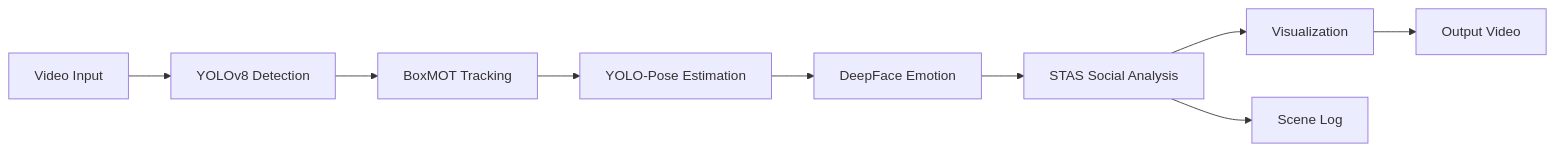
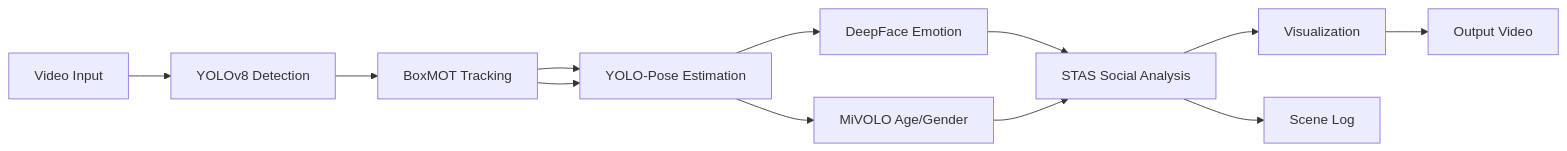
Before and after one commit to Amzilynn/IA-Camera-Challenge: the diagram in README.md, drawn with Mermaid. The commit also changed other lines of this file and 22 other files, not shown here.

````diff
--- a/README.md
+++ b/README.md
@@ -76,11 +99,14 @@
 ```mermaid
 graph LR
     A[Video Input] --> B[YOLOv8 Detection]
     B --> C[BoxMOT Tracking]
     C --> D[YOLO-Pose Estimation]
+    C --> D[YOLO-Pose Estimation]
     D --> E[DeepFace Emotion]
-    E --> F[STAS Social Analysis]
-    F --> G[Visualization]
-    G --> H[Output Video]
-    F --> I[Scene Log]
+    D --> F[MiVOLO Age/Gender]
+    E --> G[STAS Social Analysis]
+    F --> G
+    G --> H[Visualization]
+    H --> I[Output Video]
+    G --> J[Scene Log]
 ```
````
